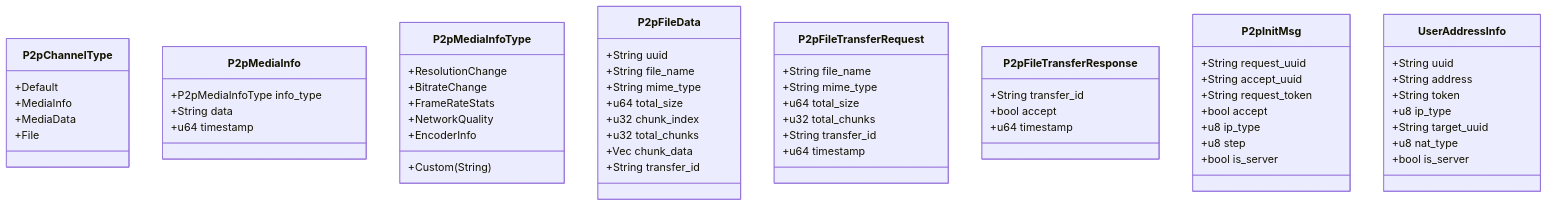
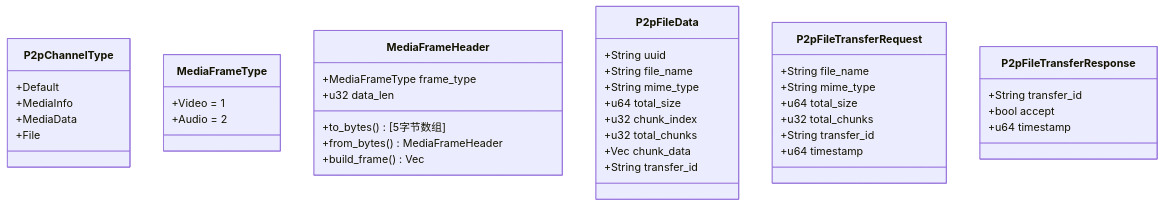
The tenth of 17 diagrams in .qoder/repowiki/zh/content/后端服务/P2P服务.md (nicolastinger/only-talk-app), drawn with Mermaid before and after one commit. The commit also changed other lines of this file and 5 other files, not shown here.

````diff
--- a/.qoder/repowiki/zh/content/后端服务/P2P服务.md
+++ b/.qoder/repowiki/zh/content/后端服务/P2P服务.md
@@ -462,63 +502,43 @@
 ```mermaid
 classDiagram
 class P2pChannelType {
 +Default
 +MediaInfo
 +MediaData
 +File
 }
-class P2pMediaInfo {
-+P2pMediaInfoType info_type
-+String data
-+u64 timestamp
+class MediaFrameType {
++Video = 1
++Audio = 2
 }
-class P2pMediaInfoType {
-+ResolutionChange
-+BitrateChange
-+FrameRateStats
-+NetworkQuality
-+EncoderInfo
-+Custom(String)
+class MediaFrameHeader {
++MediaFrameType frame_type
++u32 data_len
++to_bytes() [5字节数组]
++from_bytes() MediaFrameHeader
++build_frame() Vec<u8>
 }
 class P2pFileData {
 +String uuid
 +String file_name
 +String mime_type
 +u64 total_size
 +u32 chunk_index
 +u32 total_chunks
 +Vec<u8> chunk_data
 +String transfer_id
 }
 class P2pFileTransferRequest {
 +String file_name
 +String mime_type
 +u64 total_size
 +u32 total_chunks
 +String transfer_id
 +u64 timestamp
 }
 class P2pFileTransferResponse {
 +String transfer_id
 +bool accept
 +u64 timestamp
 }
-class P2pInitMsg {
-+String request_uuid
-+String accept_uuid
-+String request_token
-+bool accept
-+u8 ip_type
-+u8 step
-+bool is_server
-}
-class UserAddressInfo {
-+String uuid
-+String address
-+String token
-+u8 ip_type
-+String target_uuid
-+u8 nat_type
-+bool is_server
-}
 ```
````
